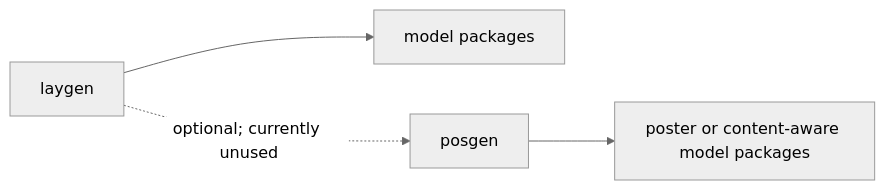
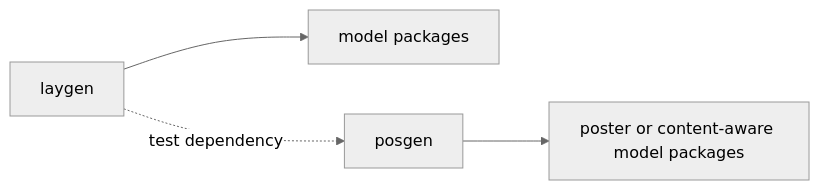
One commit to creative-graphic-design/design-generators changed the diagram in docs/architecture.md. Above: the diagram before and after it, drawn with Mermaid (neutral theme). The commit also changed other lines of this file and 9 other files, not shown here.

````diff
--- a/docs/architecture.md
+++ b/docs/architecture.md
@@ -147,6 +147,6 @@
 ```mermaid
 graph LR
     laygen["laygen"] --> model_packages["model packages"]
-    laygen -. "optional; currently unused" .-> posgen["posgen"]
+    laygen -. "test dependency" .-> posgen["posgen"]
     posgen --> poster_models["poster or content-aware model packages"]
 ```
````
